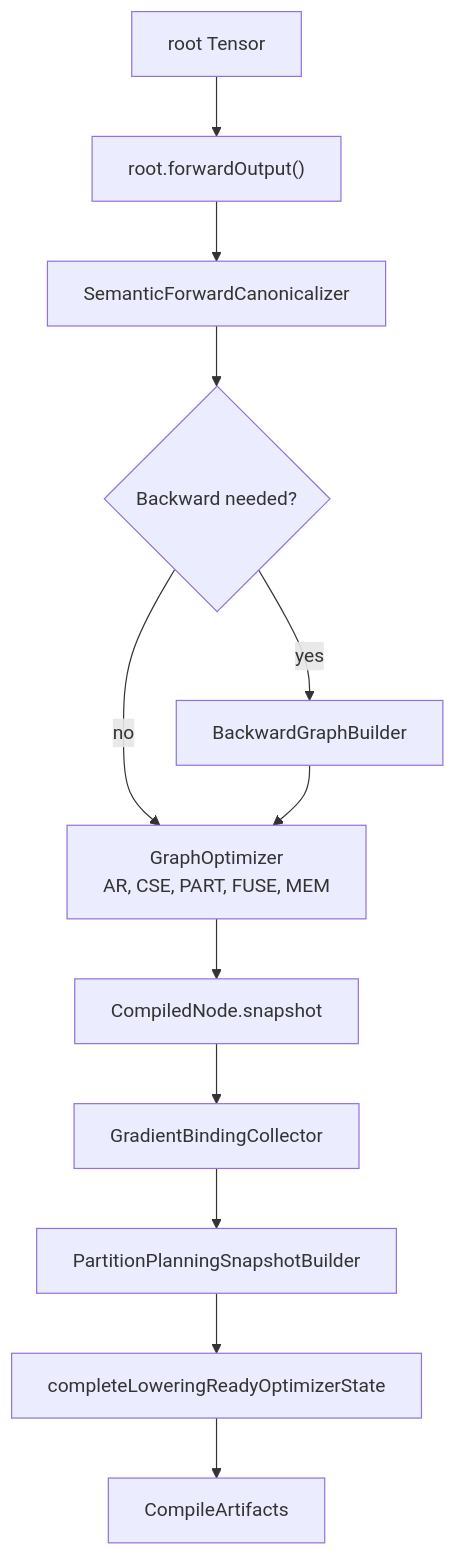
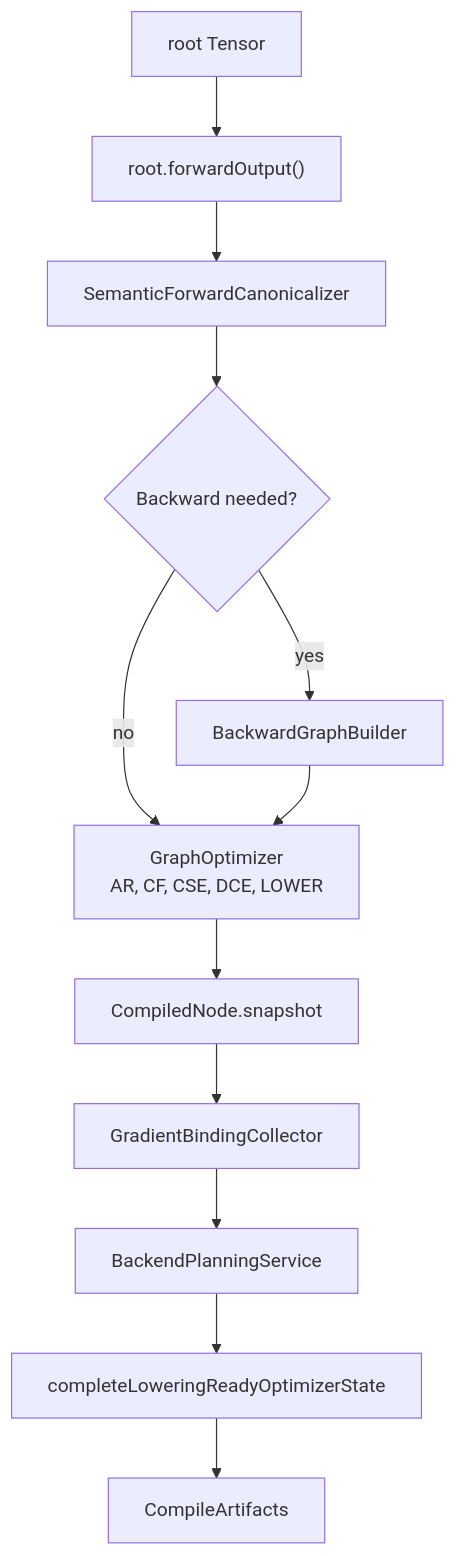
One commit to pho001/Synaptik changed the fifth of 8 diagrams in docs/compute-flow.md. Above: the diagram before and after it, drawn with Mermaid. The commit also changed other lines of this file and 114 other files, not shown here.

Commit message:
compile: consolidate graph and backend planning config

````diff
--- a/docs/compute-flow.md
+++ b/docs/compute-flow.md
@@ -642,19 +642,19 @@
 ```mermaid
 flowchart TD
     Root["root Tensor"]
     Forward["root.forwardOutput()"]
     Canon["SemanticForwardCanonicalizer"]
     BackwardDecision{"Backward needed?"}
     Backward["BackwardGraphBuilder"]
-    Optimizer["GraphOptimizer\nAR, CSE, PART, FUSE, MEM"]
+    Optimizer["GraphOptimizer\nAR, CF, CSE, DCE, LOWER"]
     Snapshot["CompiledNode.snapshot"]
     Gradients["GradientBindingCollector"]
-    Partition["PartitionPlanningSnapshotBuilder"]
+    Partition["BackendPlanningService"]
     LowerReady["completeLoweringReadyOptimizerState"]
     Artifacts["CompileArtifacts"]
 
     Root --> Forward --> Canon --> BackwardDecision
     BackwardDecision -- no --> Optimizer
     BackwardDecision -- yes --> Backward --> Optimizer
     Optimizer --> Snapshot --> Gradients --> Partition --> LowerReady --> Artifacts
 ```
````
